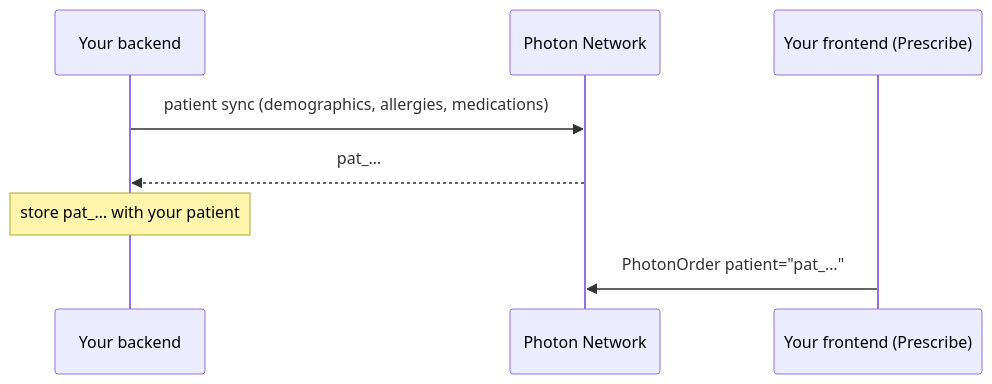
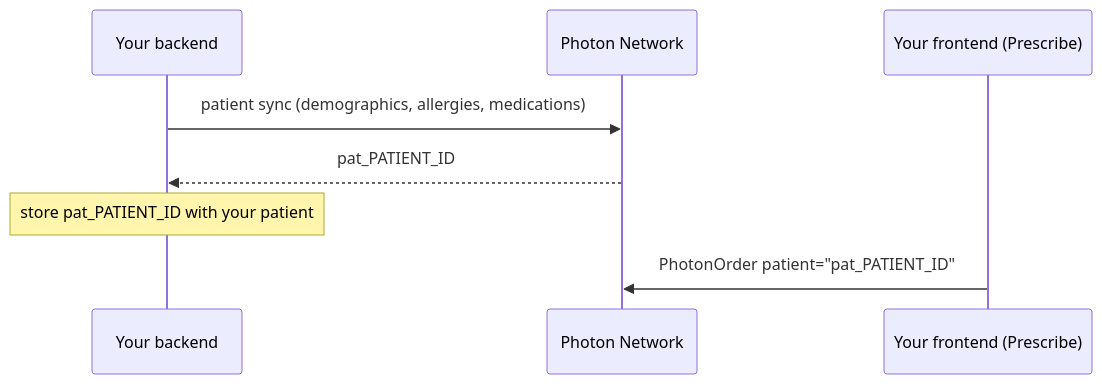
The diagram in integrations/sync-patients.mdx (Photon-Health/docs), drawn with Mermaid before and after one commit. The commit also changed other lines of this file and 29 other files, not shown here.

````diff
--- a/integrations/sync-patients.mdx
+++ b/integrations/sync-patients.mdx
@@ -12,10 +12,10 @@
 ```mermaid
 sequenceDiagram
   participant B as Your backend
   participant N as Photon Network
   participant F as Your frontend (Prescribe)
   B->>N: patient sync (demographics, allergies, medications)
-  N-->>B: pat_…
-  Note over B: store pat_… with your patient
-  F->>N: PhotonOrder patient="pat_…"
+  N-->>B: pat_PATIENT_ID
+  Note over B: store pat_PATIENT_ID with your patient
+  F->>N: PhotonOrder patient="pat_PATIENT_ID"
 ```
````
